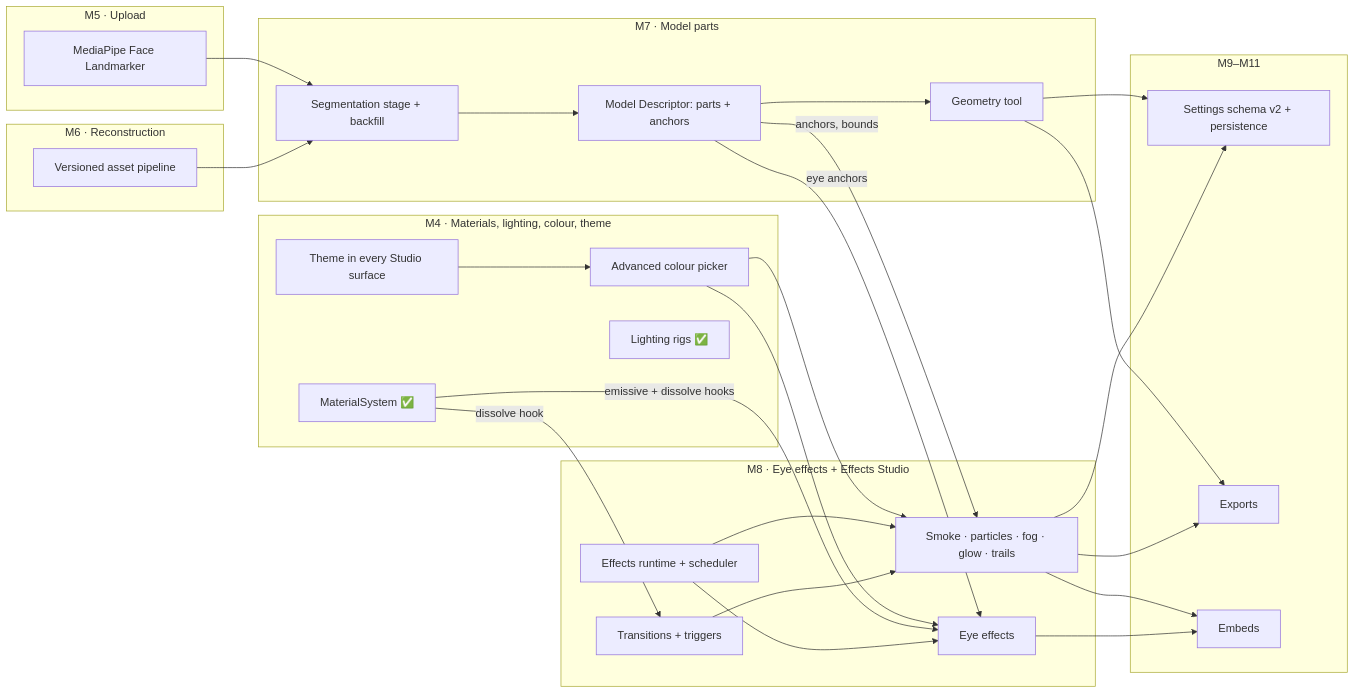
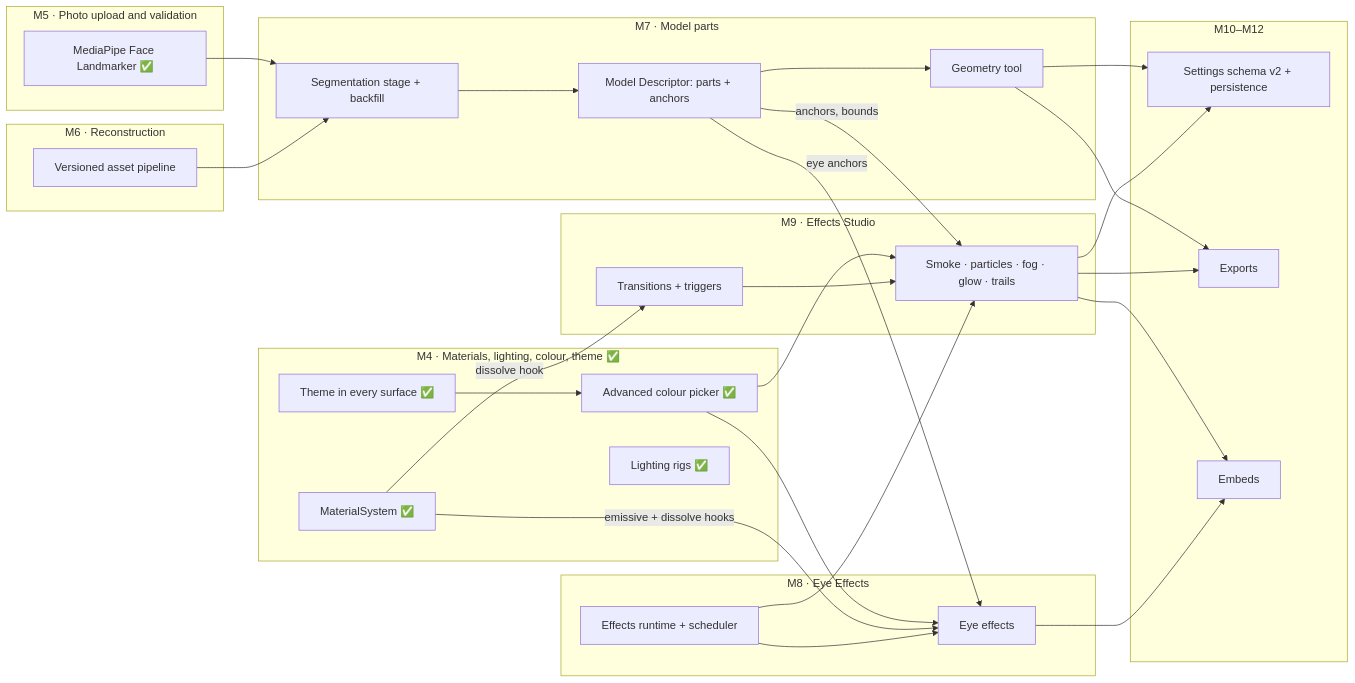
Before and after one commit to Tolzy/Tolzy: the diagram in docs/feature-dependencies.md, drawn with Mermaid. The commit also changed 92 other files, not shown here.

````diff
--- a/docs/feature-dependencies.md
+++ b/docs/feature-dependencies.md
@@ -7,52 +7,54 @@
 ```mermaid
 flowchart LR
-  subgraph M4["M4 · Materials, lighting, colour, theme"]
-    T[Theme in every Studio surface]
-    C[Advanced colour picker]
+  subgraph M4["M4 · Materials, lighting, colour, theme ✅"]
+    T[Theme in every surface ✅]
+    C[Advanced colour picker ✅]
     MS[MaterialSystem ✅]
     LR[Lighting rigs ✅]
   end
-  subgraph M5["M5 · Upload"]
-    MP[MediaPipe Face Landmarker]
+  subgraph M5["M5 · Photo upload and validation"]
+    MP[MediaPipe Face Landmarker ✅]
   end
   subgraph M6["M6 · Reconstruction"]
     PL[Versioned asset pipeline]
   end
   subgraph M7["M7 · Model parts"]
     SEG[Segmentation stage + backfill]
     MD[Model Descriptor: parts + anchors]
     GEO[Geometry tool]
   end
-  subgraph M8["M8 · Eye effects + Effects Studio"]
+  subgraph M8["M8 · Eye Effects"]
     RT[Effects runtime + scheduler]
     EYE[Eye effects]
+  end
+  subgraph M9["M9 · Effects Studio"]
     FX[Smoke · particles · fog · glow · trails]
     TL[Transitions + triggers]
   end
-  subgraph Later["M9–M11"]
+  subgraph Later["M10–M12"]
     PER[Settings schema v2 + persistence]
     EXP[Exports]
     EMB[Embeds]
   end
 
   C --> EYE
   C --> FX
   MS -->|emissive + dissolve hooks| EYE
   MS -->|dissolve hook| TL
   MP --> SEG
   PL --> SEG
   SEG --> MD
   MD --> GEO
   MD -->|eye anchors| EYE
   MD -->|anchors, bounds| FX
   RT --> EYE
   RT --> FX
   TL --> FX
   GEO --> EXP
   FX --> EXP
   FX --> EMB
   EYE --> EMB
   GEO --> PER
   FX --> PER
   T --> C
 ```
````
